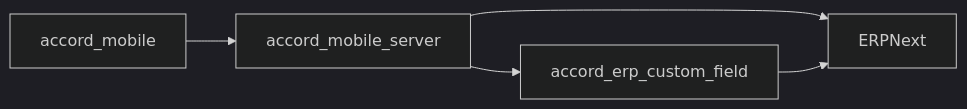
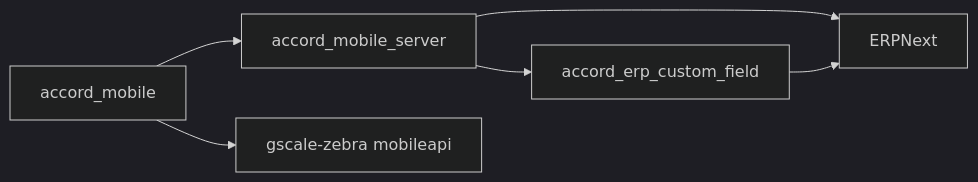
Before and after one commit to WIKKIwk/accord_mobile_v2: the diagram in README.md, drawn with Mermaid (dark theme). The commit also changed other lines of this file, not shown here.

Commit message:
Update README for current mobile app flows

````diff
--- a/README.md
+++ b/README.md
@@ -7,7 +11,8 @@
 ```mermaid
 graph LR
   A[accord_mobile] --> B[accord_mobile_server]
   B --> C[ERPNext]
   D[accord_erp_custom_field] --> C
   B --> D
+  A --> E[gscale-zebra mobileapi]
 ```
````
